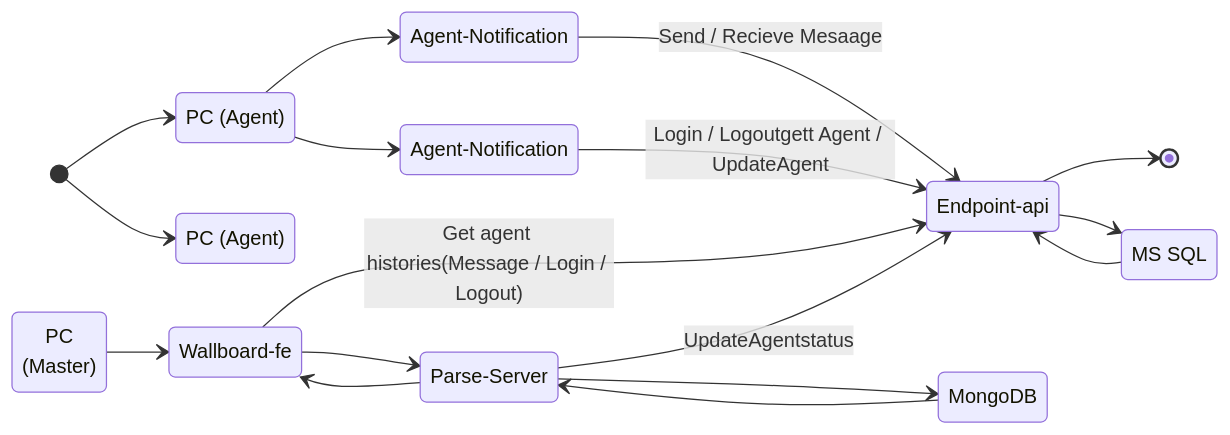
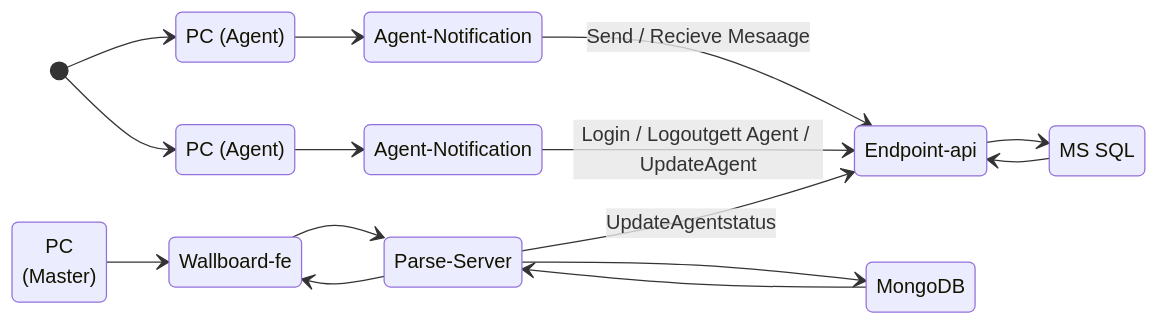
The diagram in README.md (mrwan2546/engce301-final), drawn with Mermaid before and after one commit.

Commit message:
fix: AFD delete line disjointed

````diff
--- a/README.md
+++ b/README.md
@@ -34,30 +34,28 @@
 ```mermaid
 stateDiagram
   direction LR
   [*] --> Still
   Still --> Moving
   Moving --> Crash:Send / Recieve Mesaage
-  Crash --> [*]
   [*] --> s1
-  Still --> s2
   s2 --> Crash:Login / Logoutgett Agent / UpdateAgent
   Crash --> s3
   s3 --> Crash
   s4 --> s5
-  s5 --> Crash:Get agent histories(Message / Login / Logout)
   s5 --> s6
   s6 --> s5
   s6 --> Crash:UpdateAgentstatus
   s6 --> s7
   s7 --> s6
+  s1 --> s2
   Still:PC (Agent)
   Moving:Agent-Notification
   Crash:Endpoint-api
   s1:PC (Agent)
   s2:Agent-Notification
   s3:MS SQL
   s4:PC<br>(Master)
   s5:Wallboard-fe
   s6:Parse-Server
   s7:MongoDB
 ```
````
